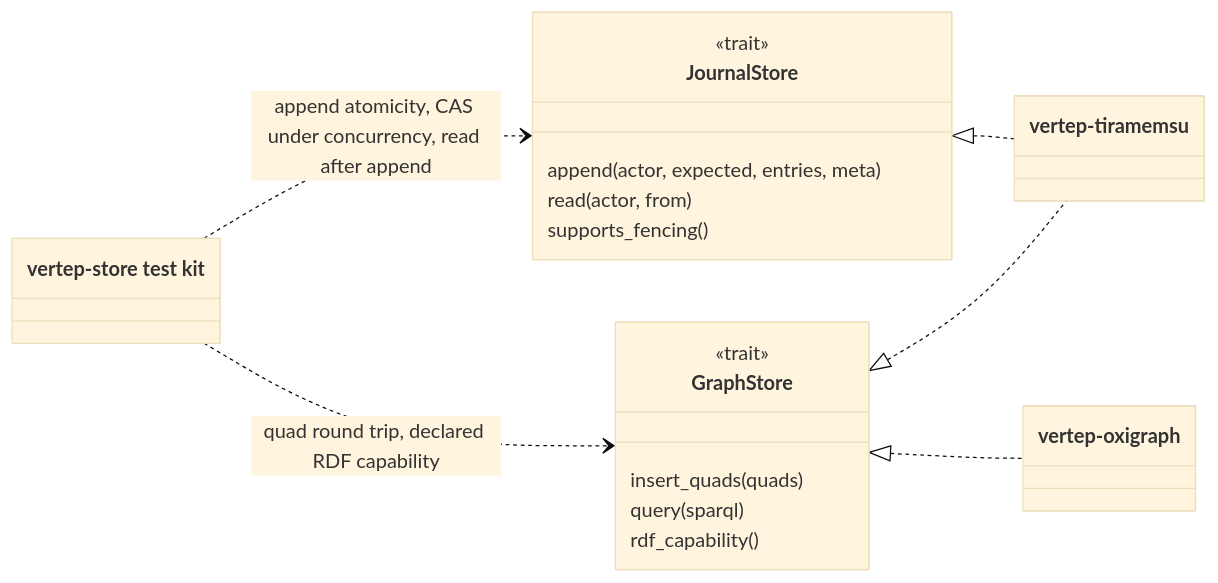
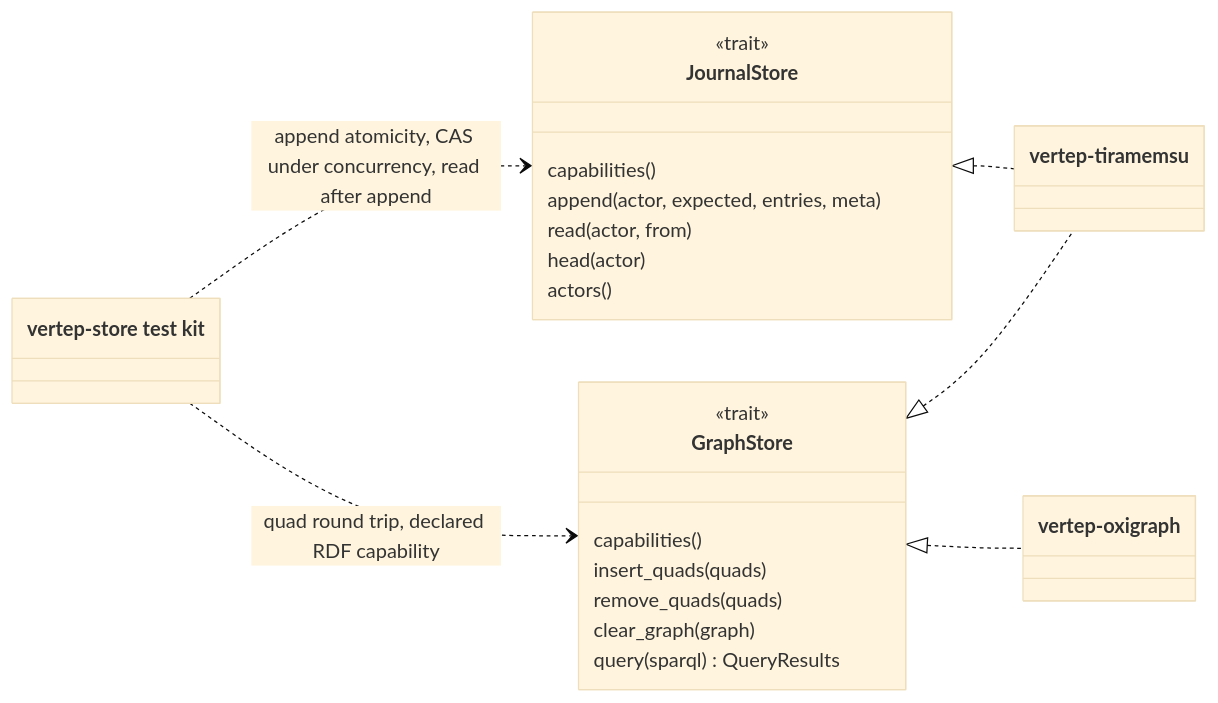
One commit to Volland/vertep changed the sixth of 12 diagrams in tg.md/views/persistence.md. Above: the diagram before and after it, drawn with Mermaid (base theme). The commit also changed other lines of this file and 9 other files, not shown here.

First line of the commit message:
Bring the architecture views in line with the code

````diff
--- a/tg.md/views/persistence.md
+++ b/tg.md/views/persistence.md
@@ -192,24 +199,28 @@
 ```mermaid
 classDiagram
     direction LR
     class JournalStore {
         <<trait>>
+        capabilities()
         append(actor, expected, entries, meta)
         read(actor, from)
-        supports_fencing()
+        head(actor)
+        actors()
     }
     class GraphStore {
         <<trait>>
+        capabilities()
         insert_quads(quads)
-        query(sparql)
-        rdf_capability()
+        remove_quads(quads)
+        clear_graph(graph)
+        query(sparql) QueryResults
     }
     class TiramemsuBackend["vertep-tiramemsu"]
     class SparqlBackend["vertep-oxigraph"]
     class TestKit["vertep-store test kit"]
     JournalStore <|.. TiramemsuBackend
     GraphStore <|.. TiramemsuBackend
     GraphStore <|.. SparqlBackend
     TestKit ..> JournalStore : append atomicity, CAS under concurrency, read after append
     TestKit ..> GraphStore : quad round trip, declared RDF capability
 ```
````
